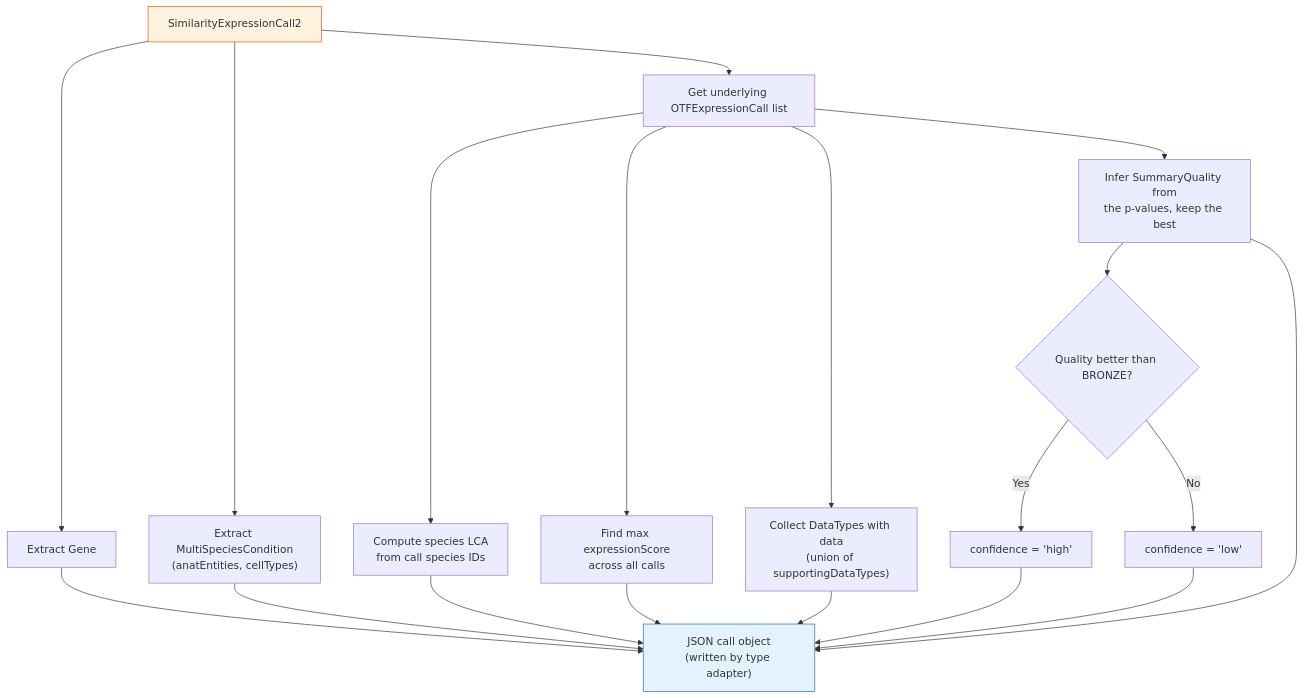
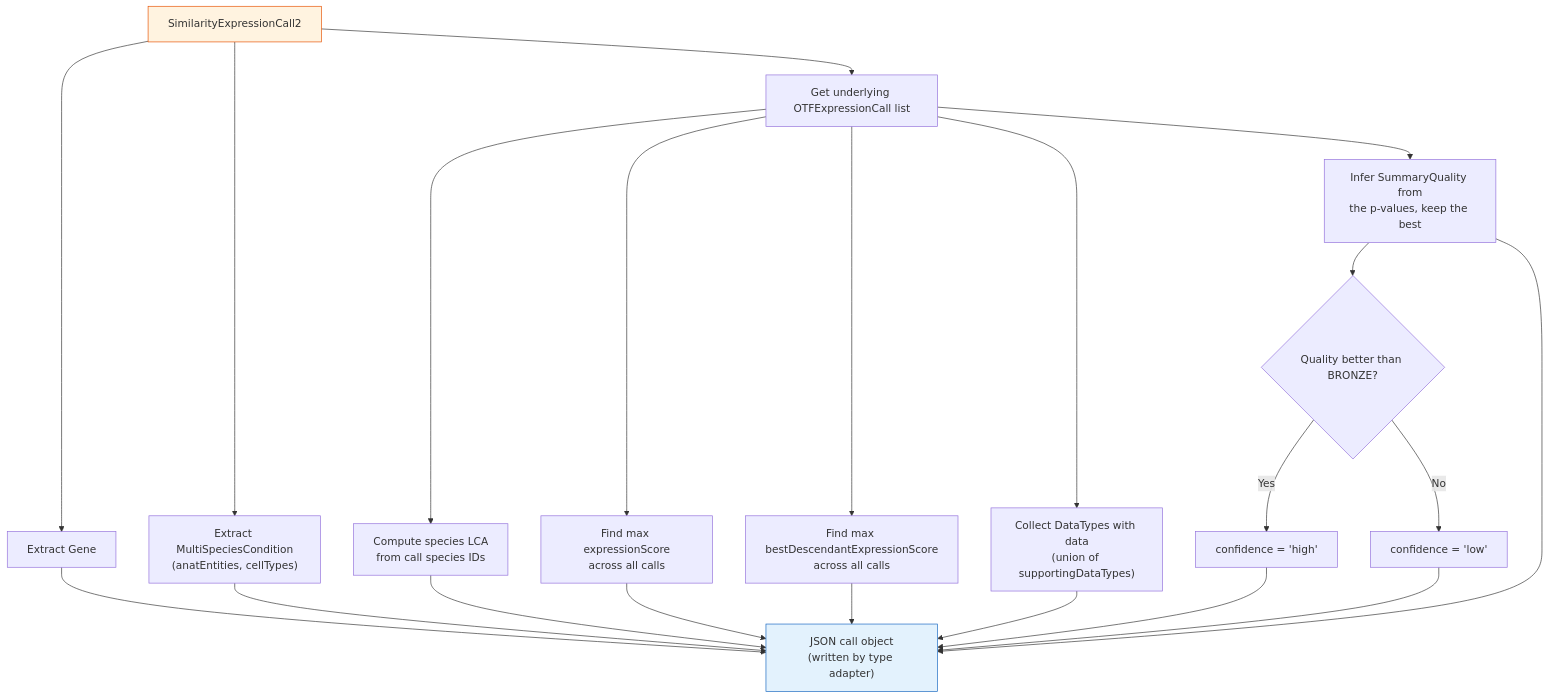
The fourth of 4 diagrams in bgee-webapp/docs/multispec_expr_calls_endpoint.qmd (BgeeDB/bgee_apps), drawn with Mermaid before and after one commit. The commit also changed other lines of this file and 2 other files, not shown here.

Commit message:
Expose 'BestDescendantExpressionScore' in API response.

````diff
--- a/bgee-webapp/docs/multispec_expr_calls_endpoint.qmd
+++ b/bgee-webapp/docs/multispec_expr_calls_endpoint.qmd
@@ -334,28 +339,30 @@
 ```{mermaid}
 %%| fig-width: 8
 flowchart TD
     SC["SimilarityExpressionCall2"] --> GENE["Extract Gene"]
     SC --> MSC["Extract MultiSpeciesCondition<br/>(anatEntities, cellTypes)"]
     SC --> CALLS["Get underlying OTFExpressionCall list"]
 
     CALLS --> LCA["Compute species LCA<br/>from call species IDs"]
     CALLS --> SCORE["Find max expressionScore<br/>across all calls"]
+    CALLS --> DESC["Find max bestDescendantExpressionScore<br/>across all calls"]
     CALLS --> DT["Collect DataTypes with data<br/>(union of supportingDataTypes)"]
     CALLS --> QUAL["Infer SummaryQuality from<br/>the p-values, keep the best"]
 
     QUAL --> CONF{"Quality better than BRONZE?"}
     CONF -->|Yes| HIGH["confidence = 'high'"]
     CONF -->|No| LOW["confidence = 'low'"]
 
     GENE --> ITEM
     MSC --> ITEM
     LCA --> ITEM
     SCORE --> ITEM
+    DESC --> ITEM
     HIGH --> ITEM
     LOW --> ITEM
     DT --> ITEM
     QUAL --> ITEM["JSON call object<br/>(written by type adapter)"]
 
     style SC fill:#fff3e0,stroke:#e65100
     style ITEM fill:#e3f2fd,stroke:#1565c0
 ```
````
